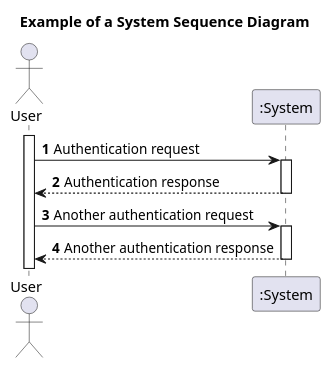
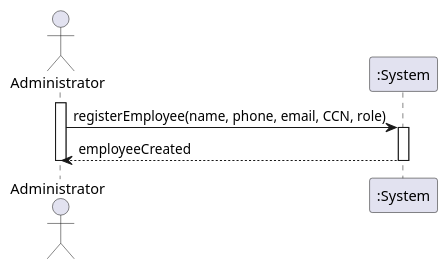
Before and after one commit to goncalomaia18/leti-esoft-25-26-C3: the diagram in docs/system-documentation/US14/puml/US14-SSD.puml, drawn with PlantUML. The commit also changed 5 other files, not shown here.

```diff
--- a/docs/system-documentation/US14/puml/US14-SSD.puml
+++ b/docs/system-documentation/US14/puml/US14-SSD.puml
@@ -1,19 +1,13 @@
 @startuml
-'https://plantuml.com/sequence-diagram
 
-title Example of a System Sequence Diagram
-
-autoactivate on
-autonumber
-
-actor "User" as User
+actor Administrator as Admin
 participant ":System" as System
 
-activate User
+activate Admin
+Admin -> System : registerEmployee(name, phone, email, CCN, role)
+activate System
+System --> Admin : employeeCreated
+deactivate System
+deactivate Admin
 
-User -> System: Authentication request
-System --> User: Authentication response
-
-User -> System: Another authentication request
-User <-- System: Another authentication response
 @enduml
```
